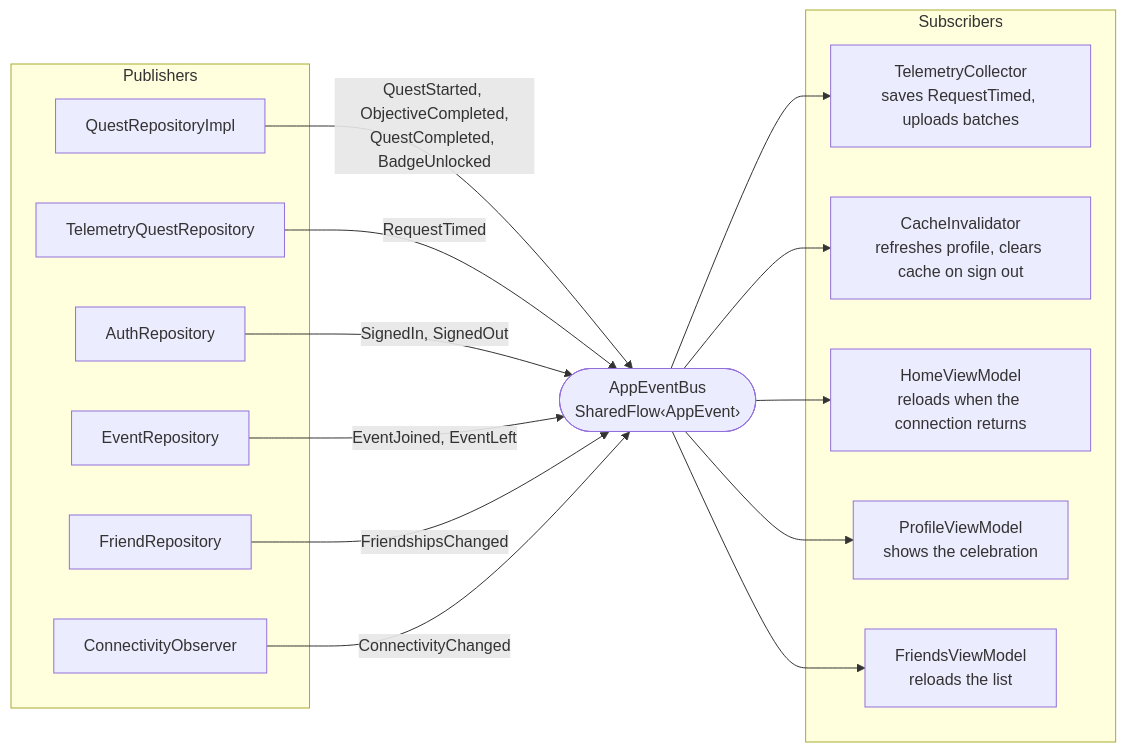
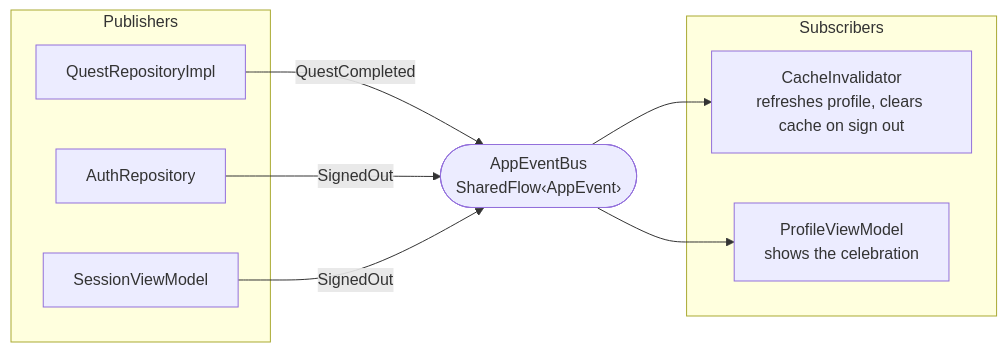
Before and after one commit to jdgutierrezr/wandr-android: the sixth of 7 diagrams in docs/ARCHITECTURE.md, drawn with Mermaid. The commit also changed other lines of this file and 3 other files, not shown here.

````diff
--- a/docs/ARCHITECTURE.md
+++ b/docs/ARCHITECTURE.md
@@ -361,34 +326,22 @@
 ```mermaid
 flowchart LR
     subgraph PUB["Publishers"]
         QR["QuestRepositoryImpl"]
-        DEC["TelemetryQuestRepository"]
         AR["AuthRepository"]
-        ER["EventRepository"]
-        FR["FriendRepository"]
-        CO["ConnectivityObserver"]
+        SVM["SessionViewModel"]
     end
 
     Bus(["AppEventBus<br/>SharedFlow‹AppEvent›"])
 
     subgraph SUB["Subscribers"]
-        TC["TelemetryCollector<br/>saves RequestTimed, uploads batches"]
         CI["CacheInvalidator<br/>refreshes profile, clears cache on sign out"]
-        HVM["HomeViewModel<br/>reloads when the connection returns"]
         PVM["ProfileViewModel<br/>shows the celebration"]
-        FVM["FriendsViewModel<br/>reloads the list"]
     end
 
-    QR -->|"QuestStarted, ObjectiveCompleted,<br/>QuestCompleted, BadgeUnlocked"| Bus
-    DEC -->|"RequestTimed"| Bus
-    AR -->|"SignedIn, SignedOut"| Bus
-    ER -->|"EventJoined, EventLeft"| Bus
-    FR -->|"FriendshipsChanged"| Bus
-    CO -->|"ConnectivityChanged"| Bus
+    QR -->|"QuestCompleted"| Bus
+    AR -->|"SignedOut"| Bus
+    SVM -->|"SignedOut"| Bus
 
-    Bus --> TC
     Bus --> CI
-    Bus --> HVM
     Bus --> PVM
-    Bus --> FVM
 ```
````
